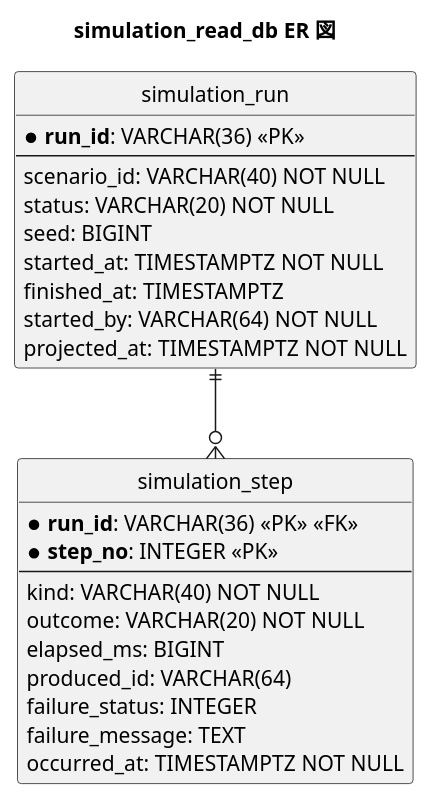
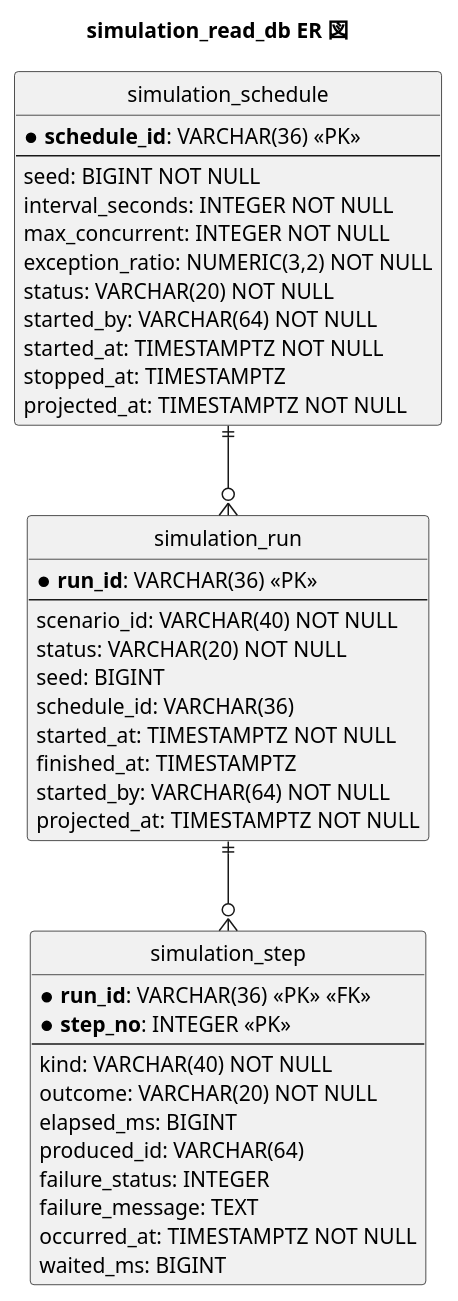
One commit to k2works/case-study-cargo-tracker changed the tenth of 11 diagrams in docs/design/cargo-tracker/data-model.md. Above: the diagram before and after it, drawn with PlantUML. The commit also changed other lines of this file and 15 other files, not shown here.

````diff
--- a/docs/design/cargo-tracker/data-model.md
+++ b/docs/design/cargo-tracker/data-model.md
@@ -855,35 +855,52 @@
 ```plantuml
 @startuml
 title simulation_read_db ER 図
 
 hide circle
 skinparam linetype ortho
 
 entity "simulation_run" as run {
   * **run_id**: VARCHAR(36) <<PK>>
   --
   scenario_id: VARCHAR(40) NOT NULL
   status: VARCHAR(20) NOT NULL
   seed: BIGINT
+  schedule_id: VARCHAR(36)
   started_at: TIMESTAMPTZ NOT NULL
   finished_at: TIMESTAMPTZ
   started_by: VARCHAR(64) NOT NULL
   projected_at: TIMESTAMPTZ NOT NULL
 }
 
 entity "simulation_step" as step {
   * **run_id**: VARCHAR(36) <<PK>> <<FK>>
   * **step_no**: INTEGER <<PK>>
   --
   kind: VARCHAR(40) NOT NULL
   outcome: VARCHAR(20) NOT NULL
   elapsed_ms: BIGINT
   produced_id: VARCHAR(64)
   failure_status: INTEGER
   failure_message: TEXT
   occurred_at: TIMESTAMPTZ NOT NULL
+  waited_ms: BIGINT
+}
+
+entity "simulation_schedule" as sch {
+  * **schedule_id**: VARCHAR(36) <<PK>>
+  --
+  seed: BIGINT NOT NULL
+  interval_seconds: INTEGER NOT NULL
+  max_concurrent: INTEGER NOT NULL
+  exception_ratio: NUMERIC(3,2) NOT NULL
+  status: VARCHAR(20) NOT NULL
+  started_by: VARCHAR(64) NOT NULL
+  started_at: TIMESTAMPTZ NOT NULL
+  stopped_at: TIMESTAMPTZ
+  projected_at: TIMESTAMPTZ NOT NULL
 }
 
 run ||--o{ step
+sch ||--o{ run
 @enduml
 ```
````
